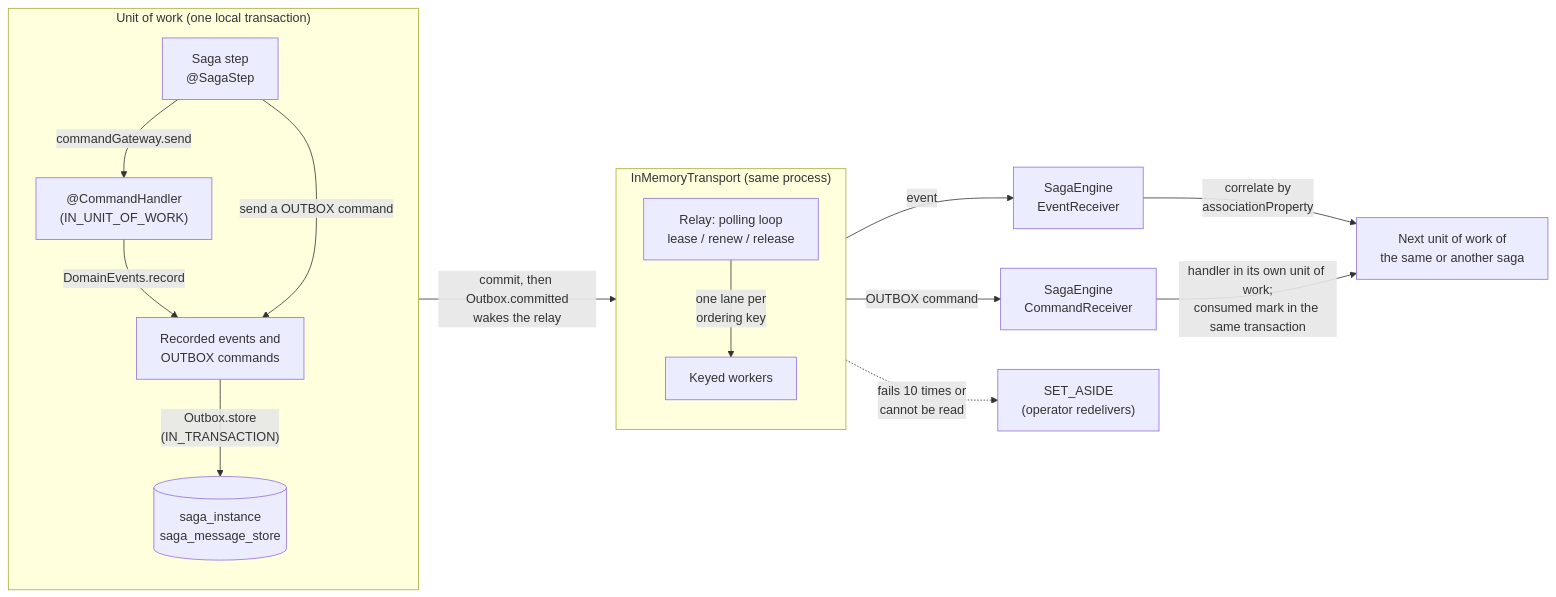
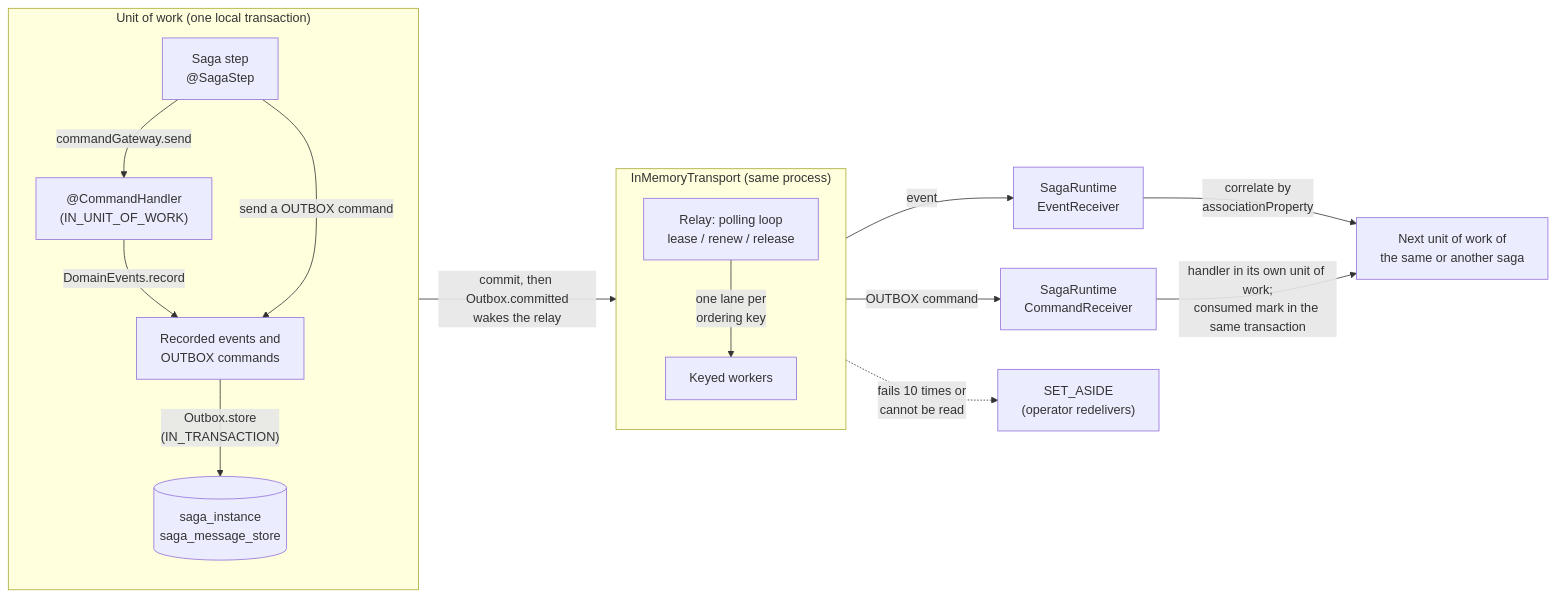
One commit to gkosharovdev/saga-forge changed the first of 3 diagrams in docs/architecture.md. Above: the diagram before and after it, drawn with Mermaid. The commit also changed other lines of this file and 482 other files, not shown here.

First line of the commit message:
Rename SagaEngine to SagaRuntime and the engine module to saga-forge-runtime

````diff
--- a/docs/architecture.md
+++ b/docs/architecture.md
@@ -126,23 +126,23 @@
 ```mermaid
 flowchart LR
     subgraph UOW["Unit of work (one local transaction)"]
         direction TB
         STEP["Saga step<br/>@SagaStep"] -->|"commandGateway.send"| HANDLER["@CommandHandler<br/>(IN_UNIT_OF_WORK)"]
         HANDLER -->|"DomainEvents.record"| BUFFER["Recorded events and<br/>OUTBOX commands"]
         STEP -->|"send a OUTBOX command"| BUFFER
         BUFFER -->|"Outbox.store<br/>(IN_TRANSACTION)"| WRITE[("saga_instance<br/>saga_message_store")]
     end
 
     WRITE -->|"commit, then Outbox.committed<br/>wakes the relay"| RELAY
 
     subgraph TRANSPORT["InMemoryTransport (same process)"]
         direction TB
         RELAY["Relay: polling loop<br/>lease / renew / release"] -->|"one lane per<br/>ordering key"| WORKERS["Keyed workers"]
     end
 
-    WORKERS -->|"event"| RECEIVER["SagaEngine<br/>EventReceiver"]
-    WORKERS -->|"OUTBOX command"| CRECEIVER["SagaEngine<br/>CommandReceiver"]
+    WORKERS -->|"event"| RECEIVER["SagaRuntime<br/>EventReceiver"]
+    WORKERS -->|"OUTBOX command"| CRECEIVER["SagaRuntime<br/>CommandReceiver"]
     RECEIVER -->|"correlate by<br/>associationProperty"| NEXT["Next unit of work of<br/>the same or another saga"]
     CRECEIVER -->|"handler in its own unit of work;<br/>consumed mark in the same transaction"| NEXT
     WORKERS -.->|"fails 10 times or<br/>cannot be read"| ASIDE["SET_ASIDE<br/>(operator redelivers)"]
 ```
````
